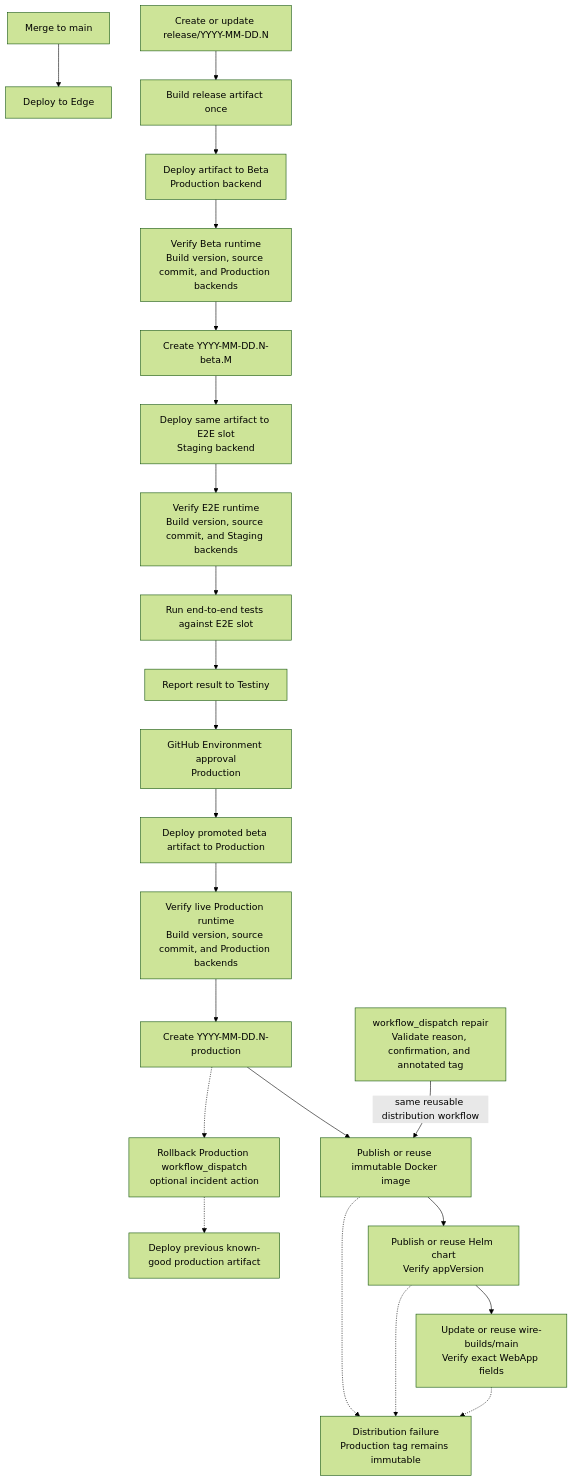
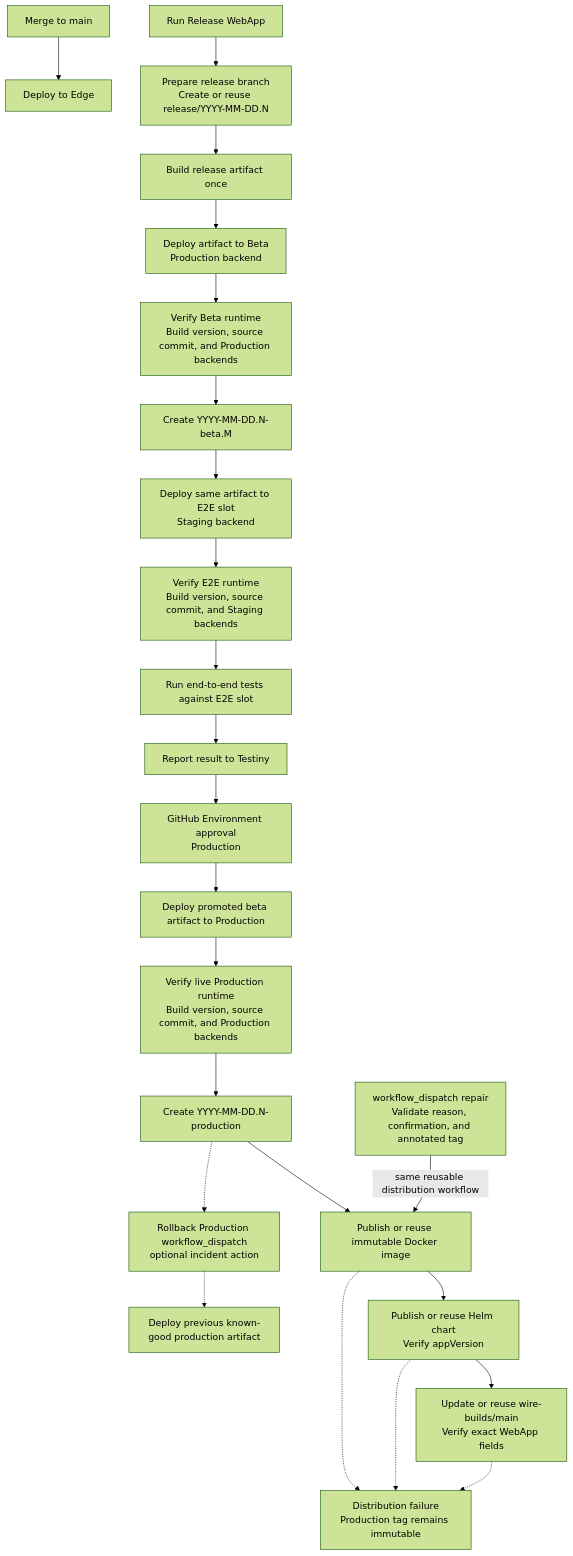
The second of 2 diagrams in docs/decision-records/0002-trunk-based-automated-release-process.md (wireapp/wire-webapp), drawn with Mermaid (forest theme) before and after one commit. The commit also changed other lines of this file, not shown here.

Commit message:
Document unified WebApp release lifecycle in ADR

````diff
--- a/docs/decision-records/0002-trunk-based-automated-release-process.md
+++ b/docs/decision-records/0002-trunk-based-automated-release-process.md
@@ -162,36 +170,37 @@
 ```mermaid
 flowchart TD
   mergeToMain[Merge to main]
   deployToEdge[Deploy to Edge]
-  createReleaseBranch[Create or update release/YYYY-MM-DD.N]
+  runReleaseWebApp[Run Release WebApp]
+  prepareReleaseBranch[Prepare release branch<br/>Create or reuse release/YYYY-MM-DD.N]
   buildArtifact[Build release artifact once]
   deployToBeta[Deploy artifact to Beta<br/>Production backend]
   verifyBetaRuntime[Verify Beta runtime<br/>Build version, source commit, and Production backends]
   createBetaTag[Create YYYY-MM-DD.N-beta.M]
   deployToE2E[Deploy same artifact to E2E slot<br/>Staging backend]
   verifyE2ERuntime[Verify E2E runtime<br/>Build version, source commit, and Staging backends]
   runEndToEndTests[Run end-to-end tests against E2E slot]
   reportToTestiny[Report result to Testiny]
   productionApproval[GitHub Environment approval<br/>Production]
   deployToProduction[Deploy promoted beta artifact to Production]
   verifyProductionRuntime[Verify live Production runtime<br/>Build version, source commit, and Production backends]
   createProductionTag[Create YYYY-MM-DD.N-production]
   publishDocker[Publish or reuse immutable Docker image]
   publishHelm[Publish or reuse Helm chart<br/>Verify appVersion]
   updateWireBuilds[Update or reuse wire-builds/main<br/>Verify exact WebApp fields]
   repairDistribution[workflow_dispatch repair<br/>Validate reason, confirmation, and annotated tag]
   distributionFailure[Distribution failure<br/>Production tag remains immutable]
   rollbackWorkflow[Rollback Production workflow_dispatch<br/>optional incident action]
   deployKnownGoodArtifact[Deploy previous known-good production artifact]
 
   mergeToMain --> deployToEdge
-  createReleaseBranch --> buildArtifact --> deployToBeta --> verifyBetaRuntime --> createBetaTag
+  runReleaseWebApp --> prepareReleaseBranch --> buildArtifact --> deployToBeta --> verifyBetaRuntime --> createBetaTag
   createBetaTag --> deployToE2E --> verifyE2ERuntime --> runEndToEndTests --> reportToTestiny
   reportToTestiny --> productionApproval --> deployToProduction --> verifyProductionRuntime --> createProductionTag
   createProductionTag --> publishDocker --> publishHelm --> updateWireBuilds
   repairDistribution -->|same reusable distribution workflow| publishDocker
   updateWireBuilds -.-> distributionFailure
   publishDocker -.-> distributionFailure
   publishHelm -.-> distributionFailure
   createProductionTag -.-> rollbackWorkflow -.-> deployKnownGoodArtifact
 ```
````
